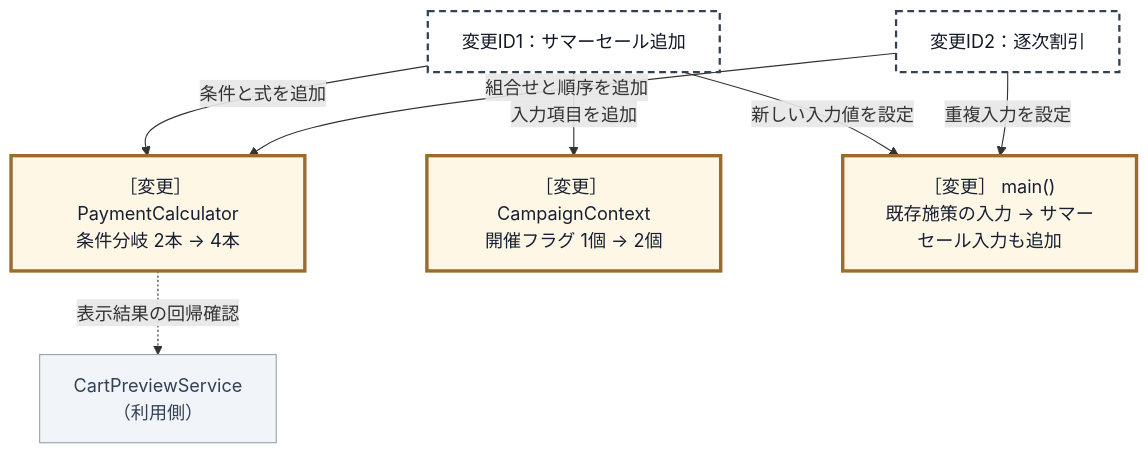
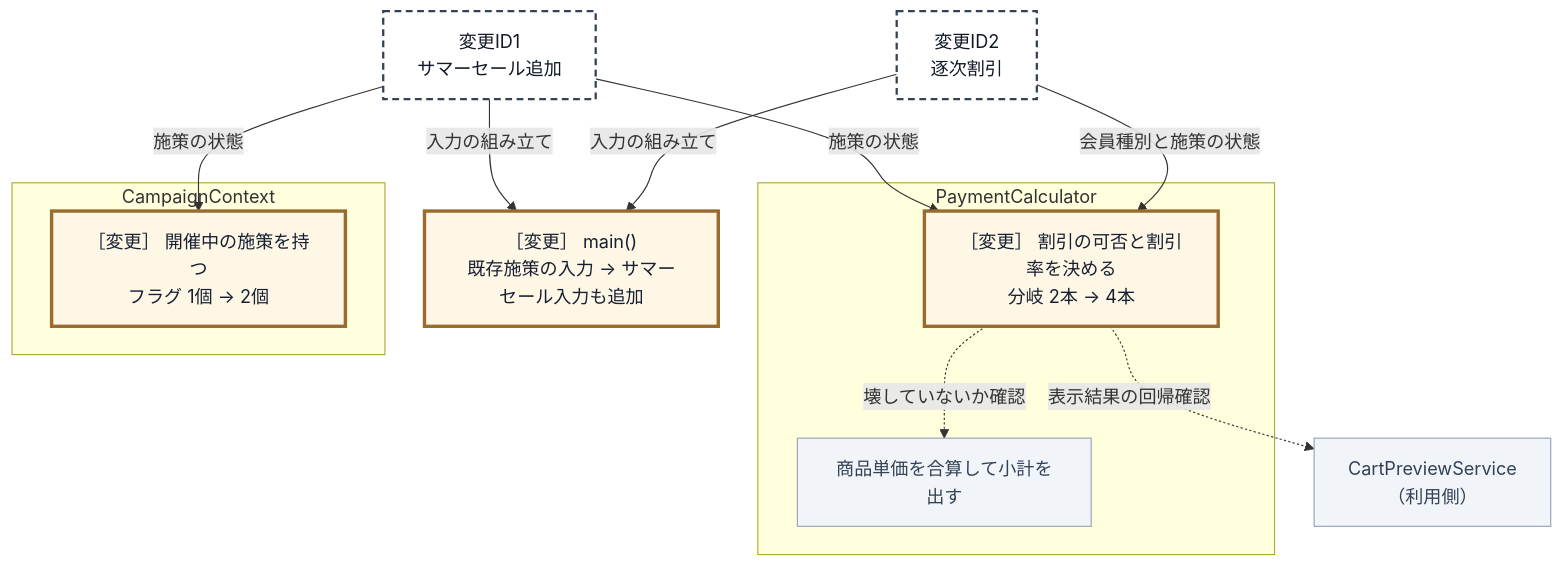
One commit to kumachan1101-pixel/DesignPattern changed the sixth of 18 diagrams in kindle/design-patterns/books/volume01-core-patterns/output/03-chapter01.md. Above: the diagram before and after it, drawn with Mermaid. The commit also changed other lines of this file and 4 other files, not shown here.

````diff
--- a/kindle/design-patterns/books/volume01-core-patterns/output/03-chapter01.md
+++ b/kindle/design-patterns/books/volume01-core-patterns/output/03-chapter01.md
@@ -1168,15 +1168,29 @@
 ```mermaid
 graph TD
-    T1["変更ID1：サマーセール追加"]:::req
-        -->|条件と式を追加| A["［変更］ PaymentCalculator<br>条件分岐 2本 → 4本"]:::touched
-    T1 -->|入力項目を追加| B["［変更］ CampaignContext<br>開催フラグ 1個 → 2個"]:::touched
-    T1 -->|新しい入力値を設定| D["［変更］ main()<br>既存施策の入力 → サマーセール入力も追加"]:::touched
-    T2["変更ID2：逐次割引"]:::req
-        -->|組合せと順序を追加| A
-    T2 -->|重複入力を設定| D
-    A -.->|表示結果の回帰確認| C["CartPreviewService<br>（利用側）"]:::keep
+    T1["変更ID1<br>サマーセール追加"]:::req
+    T2["変更ID2<br>逐次割引"]:::req
+
+    subgraph PC["PaymentCalculator"]
+        P2["［変更］ 割引の可否と割引率を決める<br>分岐 2本 → 4本"]:::touched
+        P1["商品単価を合算して小計を出す"]:::keep
+    end
+
+    subgraph CC["CampaignContext"]
+        C1["［変更］ 開催中の施策を持つ<br>フラグ 1個 → 2個"]:::touched
+    end
+
+    M["［変更］ main()<br>既存施策の入力 → サマーセール入力も追加"]:::touched
+    V["CartPreviewService<br>（利用側）"]:::keep
+
+    T1 -->|"施策の状態"| P2
+    T1 -->|"施策の状態"| C1
+    T1 -->|"入力の組み立て"| M
+    T2 -->|"会員種別と施策の状態"| P2
+    T2 -->|"入力の組み立て"| M
+    P2 -.->|"壊していないか確認"| P1
+    P2 -.->|"表示結果の回帰確認"| V
 
     classDef req fill:#ffffff,stroke:#334155,stroke-width:2px,stroke-dasharray:6 4,color:#111827;
     classDef keep fill:#f1f5f9,stroke:#94a3b8,color:#334155;
     classDef touched fill:#fff7e6,stroke:#9a6b2f,stroke-width:3px,color:#172033;
 ```
````
